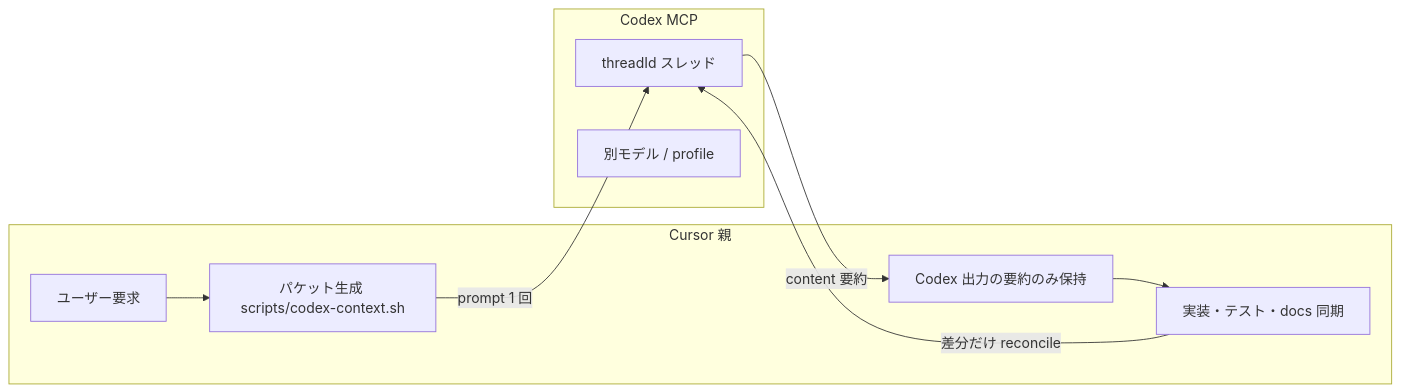
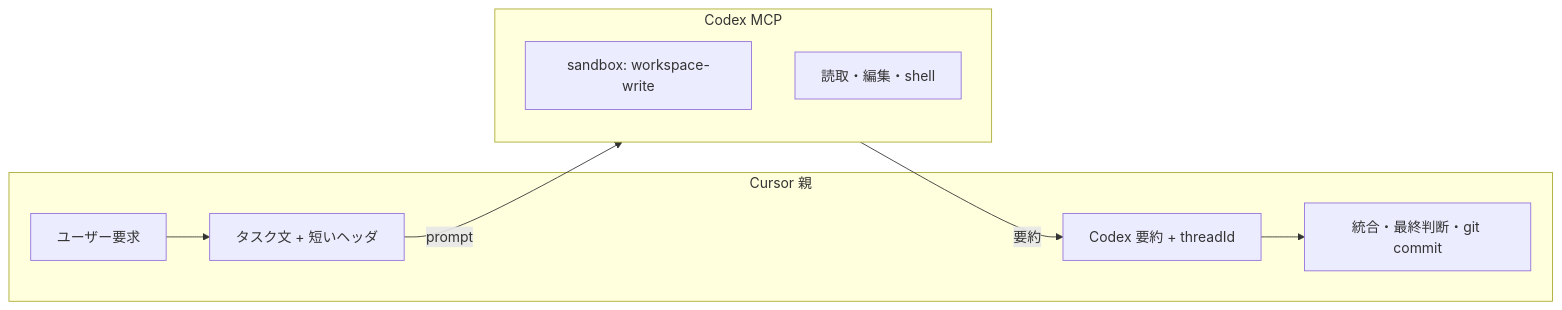
One commit to lambda-code-gk/aish changed the diagram in docs/codex-delegation.md. Above: the diagram before and after it, drawn with Mermaid. The commit also changed other lines of this file and 14 other files, not shown here.

````diff
--- a/docs/codex-delegation.md
+++ b/docs/codex-delegation.md
@@ -13,18 +13,17 @@
 ```mermaid
 flowchart LR
   subgraph cursor [Cursor 親]
     U[ユーザー要求]
-    P[パケット生成 scripts/codex-context.sh]
-    I[実装・テスト・docs 同期]
-    S[Codex 出力の要約のみ保持]
+    T[タスク文 + 短いヘッダ]
+    I[統合・最終判断・git commit]
+    S[Codex 要約 + threadId]
   end
   subgraph codex [Codex MCP]
-    T[threadId スレッド]
-    L[別モデル / profile]
+    P[sandbox: workspace-write]
+    X[読取・編集・shell]
   end
-  U --> P
-  P -->|prompt 1 回| T
-  T -->|content 要約| S
+  U --> T
+  T -->|prompt| codex
+  codex -->|要約| S
   S --> I
-  I -->|差分だけ reconcile| T
 ```
````
